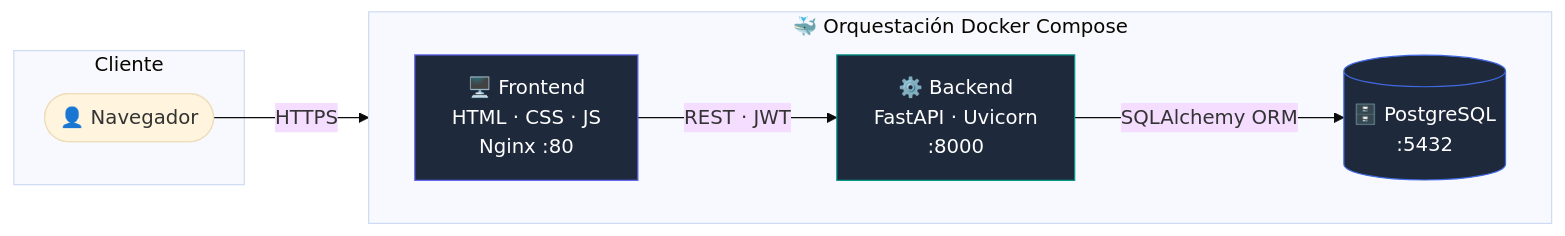
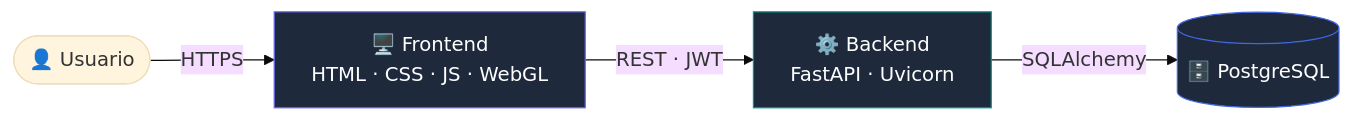
Before and after one commit to Miguel-cast/Laboratorio-4: the first of 2 diagrams in README.md, drawn with Mermaid (base theme). The commit also changed other lines of this file, not shown here.

Commit message:
docs(main): informe final y manual de usuario

````diff
--- a/README.md
+++ b/README.md
@@ -122,21 +106,10 @@
 ```mermaid
 flowchart LR
-    subgraph Cliente
-        U([👤 Navegador])
-    end
-
-    subgraph Docker["🐳 Orquestación Docker Compose"]
-        direction LR
-        F["🖥️ Frontend<br/>HTML · CSS · JS<br/>Nginx :80"]
-        B["⚙️ Backend<br/>FastAPI · Uvicorn<br/>:8000"]
-        D[("🗄️ PostgreSQL<br/>:5432")]
-    end
-
-    U -->|HTTPS| F
-    F -->|REST · JWT| B
-    B -->|SQLAlchemy ORM| D
+    U([👤 Usuario]) -->|HTTPS| F["🖥️ Frontend<br/>HTML · CSS · JS · WebGL"]
+    F -->|REST · JWT| B["⚙️ Backend<br/>FastAPI · Uvicorn"]
+    B -->|SQLAlchemy| D[("🗄️ PostgreSQL")]
 
     style F fill:#1e293b,stroke:#6366f1,color:#fff
     style B fill:#1e293b,stroke:#009688,color:#fff
     style D fill:#1e293b,stroke:#4169E1,color:#fff
 ```
````
